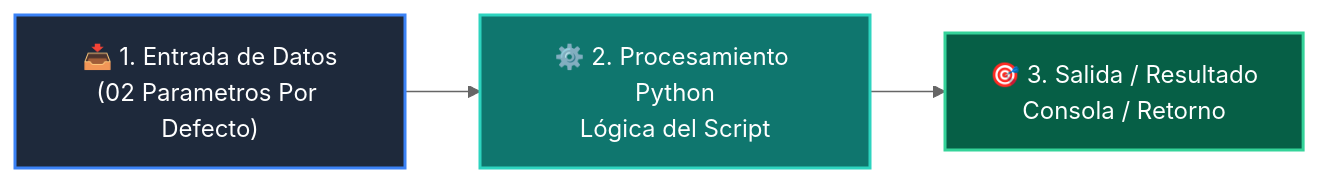
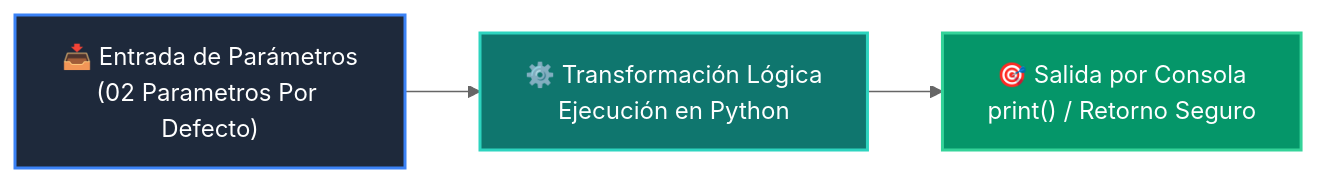
One commit to wisrovi/wisrovi-python changed the diagram in 01-fundamentos-python/clase-07-funciones/ejemplos/ejemplo_02_parametros_por_defecto/README.md. Above: the diagram before and after it, drawn with Mermaid (neutral theme). The commit also changed other lines of this file and 226 other files, not shown here.

Commit message:
docs: elevate all repository READMEs to world-class mastery standard with rich pedagogical architecture, custom Mermaids, and professional styling

````diff
--- a/01-fundamentos-python/clase-07-funciones/ejemplos/ejemplo_02_parametros_por_defecto/README.md
+++ b/01-fundamentos-python/clase-07-funciones/ejemplos/ejemplo_02_parametros_por_defecto/README.md
@@ -12,9 +19,9 @@
 ```mermaid
 flowchart LR
-    A["📥 1. Entrada de Datos<br/>(02 Parametros Por Defecto)"] --> B["⚙️ 2. Procesamiento Python<br/>Lógica del Script"]
-    B --> C["🎯 3. Salida / Resultado<br/>Consola / Retorno"]
+    A["📥 Entrada de Parámetros<br/>(02 Parametros Por Defecto)"] --> B["⚙️ Transformación Lógica<br/>Ejecución en Python"]
+    B --> C["🎯 Salida por Consola<br/>print() / Retorno Seguro"]
 
-    style A fill:#1e293b,color:#fff,stroke:#3b82f6,stroke-width:2px
-    style B fill:#0f766e,color:#fff,stroke:#2dd4bf,stroke-width:2px
-    style C fill:#065f46,color:#fff,stroke:#34d399,stroke-width:2px
+    style A fill:#1e293b,color:#ffffff,stroke:#3b82f6,stroke-width:2px
+    style B fill:#0f766e,color:#ffffff,stroke:#2dd4bf,stroke-width:2px
+    style C fill:#059669,color:#ffffff,stroke:#34d399,stroke-width:2px
 ```
````
